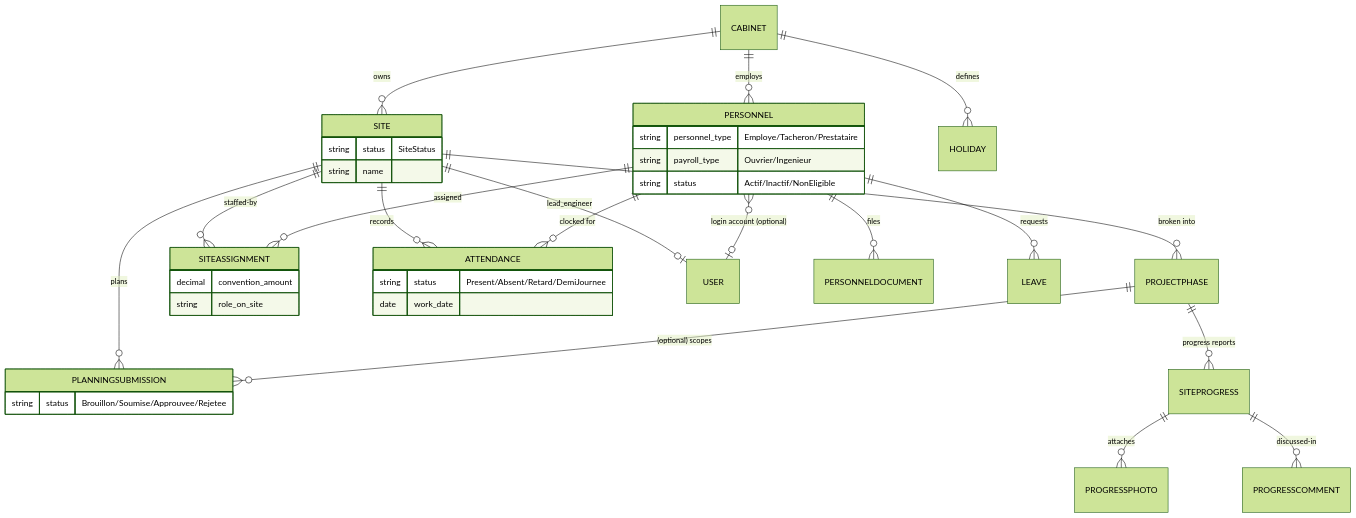
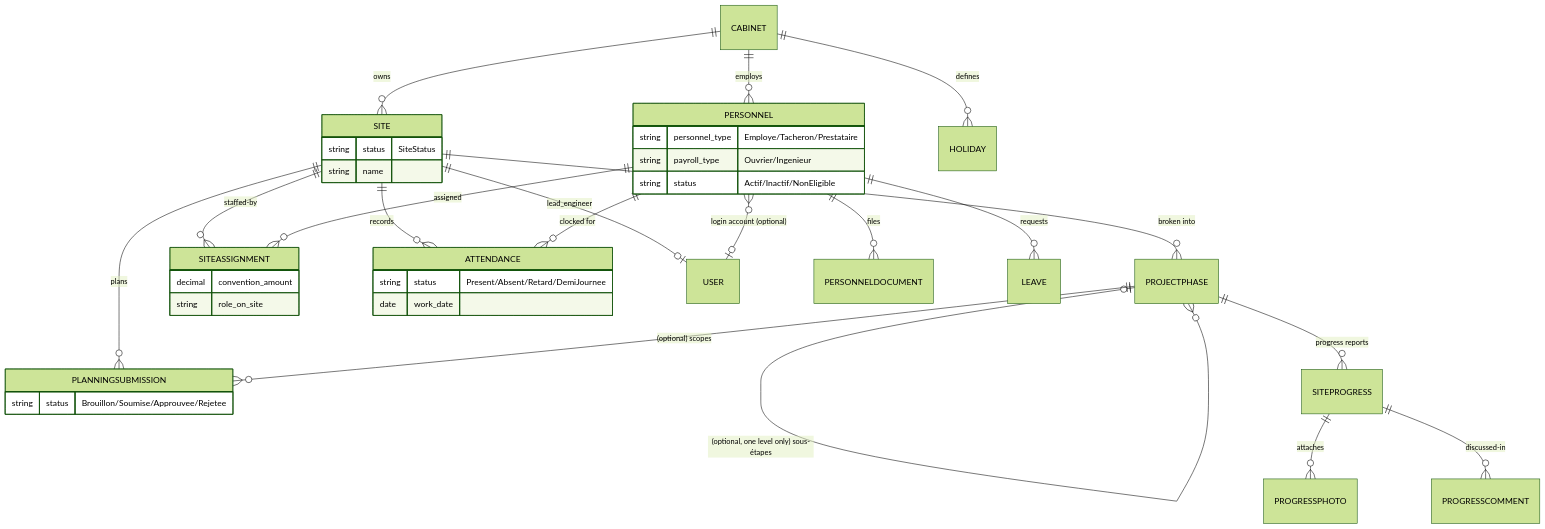
One commit to monsieurpapa/chantierMobile changed the second of 6 diagrams in docs/architecture/data-model.md. Above: the diagram before and after it, drawn with Mermaid (forest theme). The commit also changed other lines of this file and 44 other files, not shown here.

````diff
--- a/docs/architecture/data-model.md
+++ b/docs/architecture/data-model.md
@@ -31,41 +31,42 @@
 ```mermaid
 erDiagram
     CABINET ||--o{ SITE : owns
     CABINET ||--o{ PERSONNEL : employs
     CABINET ||--o{ HOLIDAY : defines
     SITE ||--o{ PROJECTPHASE : "broken into"
+    PROJECTPHASE |o--o{ PROJECTPHASE : "(optional, one level only) sous-étapes"
     SITE ||--o{ SITEASSIGNMENT : staffed-by
     SITE ||--o{ PLANNINGSUBMISSION : plans
     SITE ||--o{ ATTENDANCE : records
     SITE ||--o| USER : "lead_engineer"
     PROJECTPHASE ||--o{ SITEPROGRESS : "progress reports"
     PROJECTPHASE ||--o{ PLANNINGSUBMISSION : "(optional) scopes"
     SITEPROGRESS ||--o{ PROGRESSPHOTO : attaches
     SITEPROGRESS ||--o{ PROGRESSCOMMENT : discussed-in
     PERSONNEL ||--o{ SITEASSIGNMENT : assigned
     PERSONNEL ||--o{ PERSONNELDOCUMENT : files
     PERSONNEL ||--o{ LEAVE : requests
     PERSONNEL ||--o{ ATTENDANCE : "clocked for"
     PERSONNEL }o--o| USER : "login account (optional)"
 
     SITE {
         string status "SiteStatus"
         string name
     }
     PERSONNEL {
         string personnel_type "Employe/Tacheron/Prestataire"
         string payroll_type "Ouvrier/Ingenieur"
         string status "Actif/Inactif/NonEligible"
     }
     SITEASSIGNMENT {
         decimal convention_amount
         string role_on_site
     }
     PLANNINGSUBMISSION {
         string status "Brouillon/Soumise/Approuvee/Rejetee"
     }
     ATTENDANCE {
         string status "Present/Absent/Retard/DemiJournee"
         date work_date
     }
 ```
````
